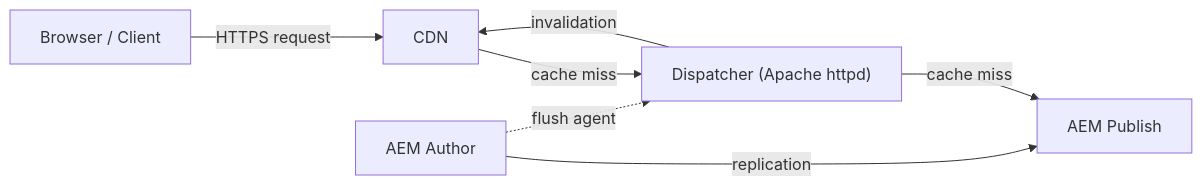
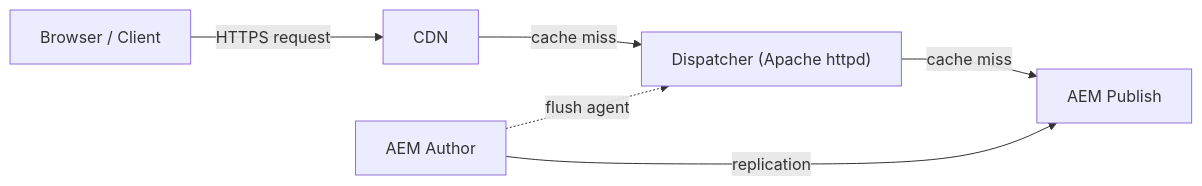
One commit to LucaNerlich/lucanerlich.com changed the first of 3 diagrams in docs/aem/architecture.mdx. Above: the diagram before and after it, drawn with Mermaid. The commit also changed other lines of this file, not shown here.

Commit message:
fix(aem): correct script resolution, CDN invalidation, node types, and JCR API in architecture doc (#807) (#903)

````diff
--- a/docs/aem/architecture.mdx
+++ b/docs/aem/architecture.mdx
@@ -22,15 +22,14 @@
 ```mermaid
 graph LR
     Browser["Browser / Client"]
     CDN["CDN"]
     Dispatcher["Dispatcher (Apache httpd)"]
     Publish["AEM Publish"]
     Author["AEM Author"]
 
     Browser -->|"HTTPS request"| CDN
     CDN -->|"cache miss"| Dispatcher
     Dispatcher -->|"cache miss"| Publish
     Author -->|"replication"| Publish
-    Dispatcher -->|"invalidation"| CDN
     Author -.->|"flush agent"| Dispatcher
 ```
````
